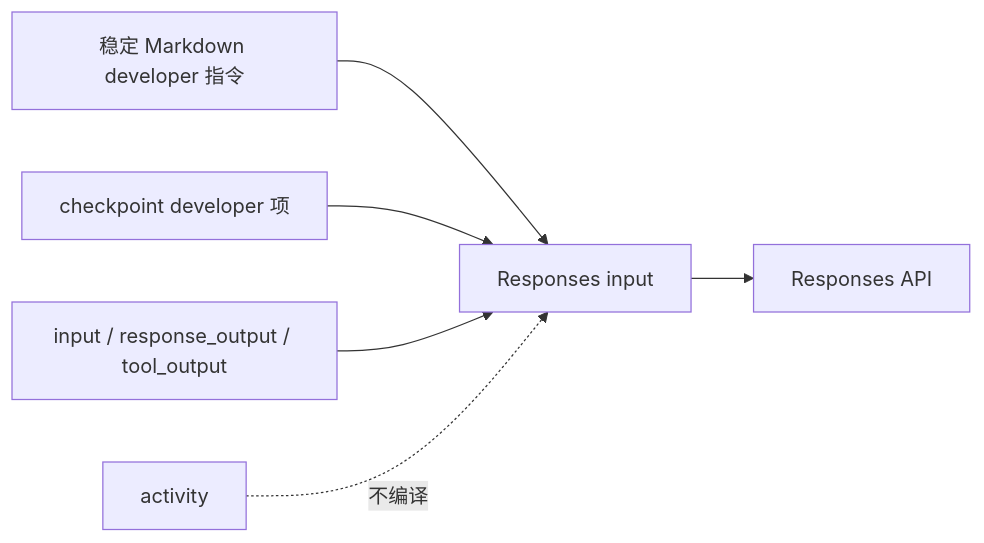
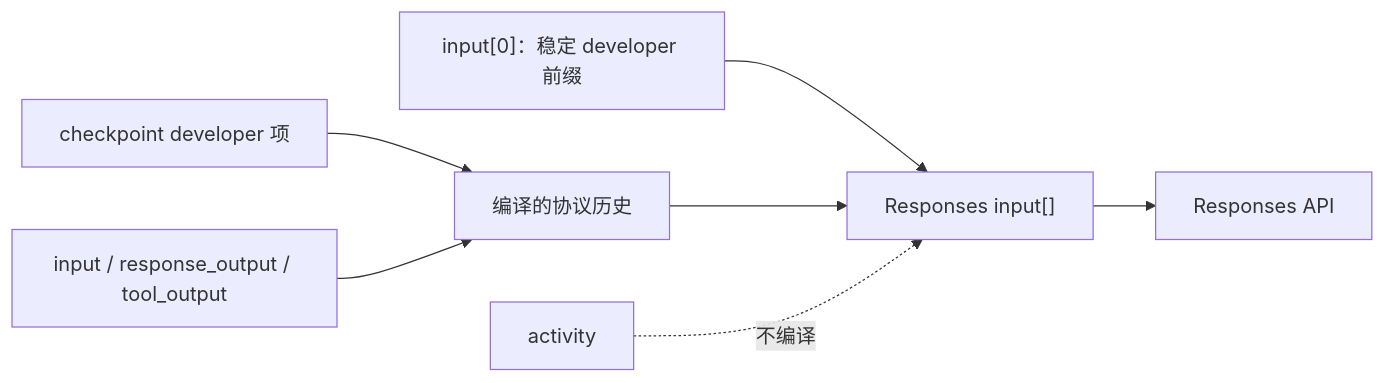
One commit to zccz14/cybion changed the second of 5 diagrams in README.md. Above: the diagram before and after it, drawn with Mermaid. The commit also changed other lines of this file, not shown here.

````diff
--- a/README.md
+++ b/README.md
@@ -127,8 +168,9 @@
 ```mermaid
 flowchart LR
-  D["稳定 Markdown developer 指令"] --> R["Responses input"]
-  C["checkpoint developer 项"] --> R
-  H["input / response_output / tool_output"] --> R
+  D["input[0]：稳定 developer 前缀"] --> R["Responses input[]"]
+  C["checkpoint developer 项"] --> H["编译的协议历史"]
+  P["input / response_output / tool_output"] --> H
+  H --> R
   A["activity"] -. "不编译" .-> R
   R --> U["Responses API"]
 ```
````
